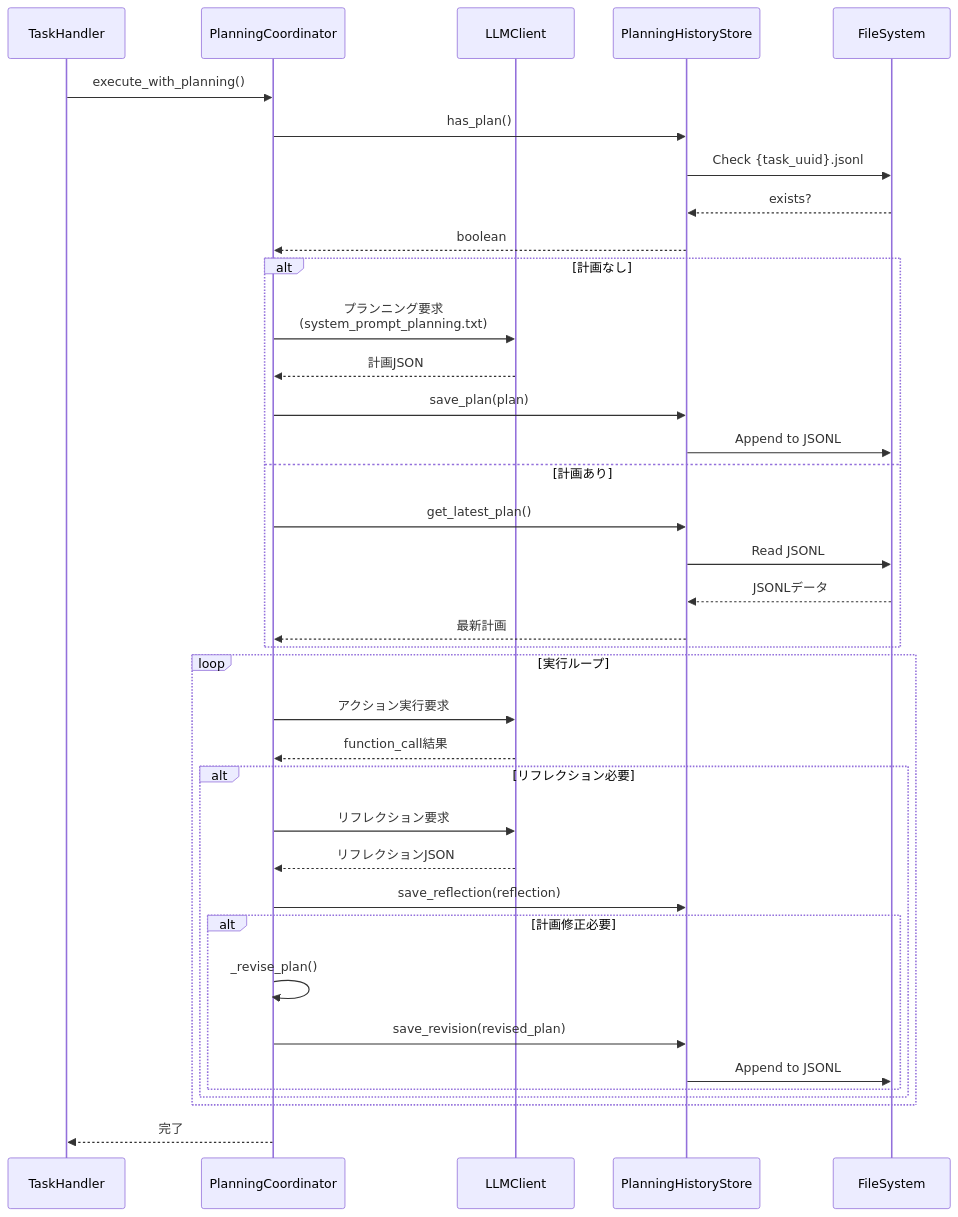
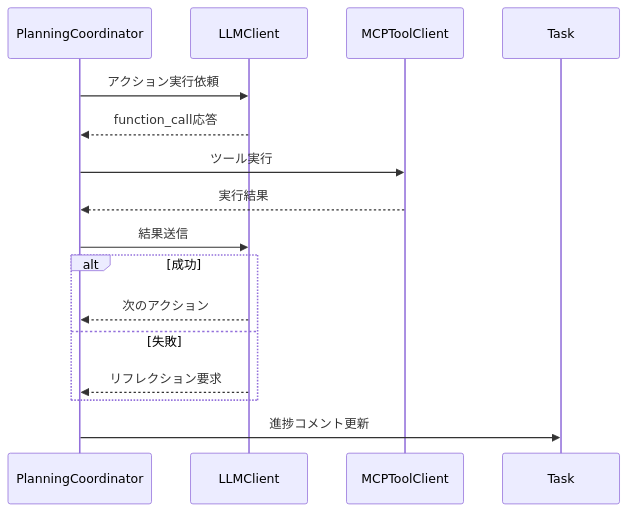
One commit to notfolder/coding_agent changed the second of 4 diagrams in docs/spec/PLANNING_SPECIFICATION.md. Above: the diagram before and after it, drawn with Mermaid. The commit also changed other lines of this file and 2 other files, not shown here.

Commit message:
主要仕様ドキュメントを日本語化しMermaid図を追加

````diff
--- a/docs/spec/PLANNING_SPECIFICATION.md
+++ b/docs/spec/PLANNING_SPECIFICATION.md
@@ -708,46 +161,19 @@
 ```mermaid
 sequenceDiagram
-    participant TH as TaskHandler
     participant PC as PlanningCoordinator
     participant LLM as LLMClient
-    participant PHS as PlanningHistoryStore
-    participant FS as FileSystem
+    participant MCP as MCPToolClient
+    participant Task as Task
 
-    TH->>PC: execute_with_planning()
-    
-    PC->>PHS: has_plan()
-    PHS->>FS: Check {task_uuid}.jsonl
-    FS-->>PHS: exists?
-    PHS-->>PC: boolean
-    
-    alt 計画なし
-        PC->>LLM: プランニング要求<br/>(system_prompt_planning.txt)
-        LLM-->>PC: 計画JSON
-        PC->>PHS: save_plan(plan)
-        PHS->>FS: Append to JSONL
-    else 計画あり
-        PC->>PHS: get_latest_plan()
-        PHS->>FS: Read JSONL
-        FS-->>PHS: JSONLデータ
-        PHS-->>PC: 最新計画
+    PC->>LLM: アクション実行依頼
+    LLM-->>PC: function_call応答
+    PC->>MCP: ツール実行
+    MCP-->>PC: 実行結果
+    PC->>LLM: 結果送信
+    alt 成功
+        LLM-->>PC: 次のアクション
+    else 失敗
+        LLM-->>PC: リフレクション要求
     end
-    
-    loop 実行ループ
-        PC->>LLM: アクション実行要求
-        LLM-->>PC: function_call結果
-        
-        alt リフレクション必要
-            PC->>LLM: リフレクション要求
-            LLM-->>PC: リフレクションJSON
-            PC->>PHS: save_reflection(reflection)
-            
-            alt 計画修正必要
-                PC->>PC: _revise_plan()
-                PC->>PHS: save_revision(revised_plan)
-                PHS->>FS: Append to JSONL
-            end
-        end
-    end
-    
-    PC-->>TH: 完了
+    PC->>Task: 進捗コメント更新
 ```
````
